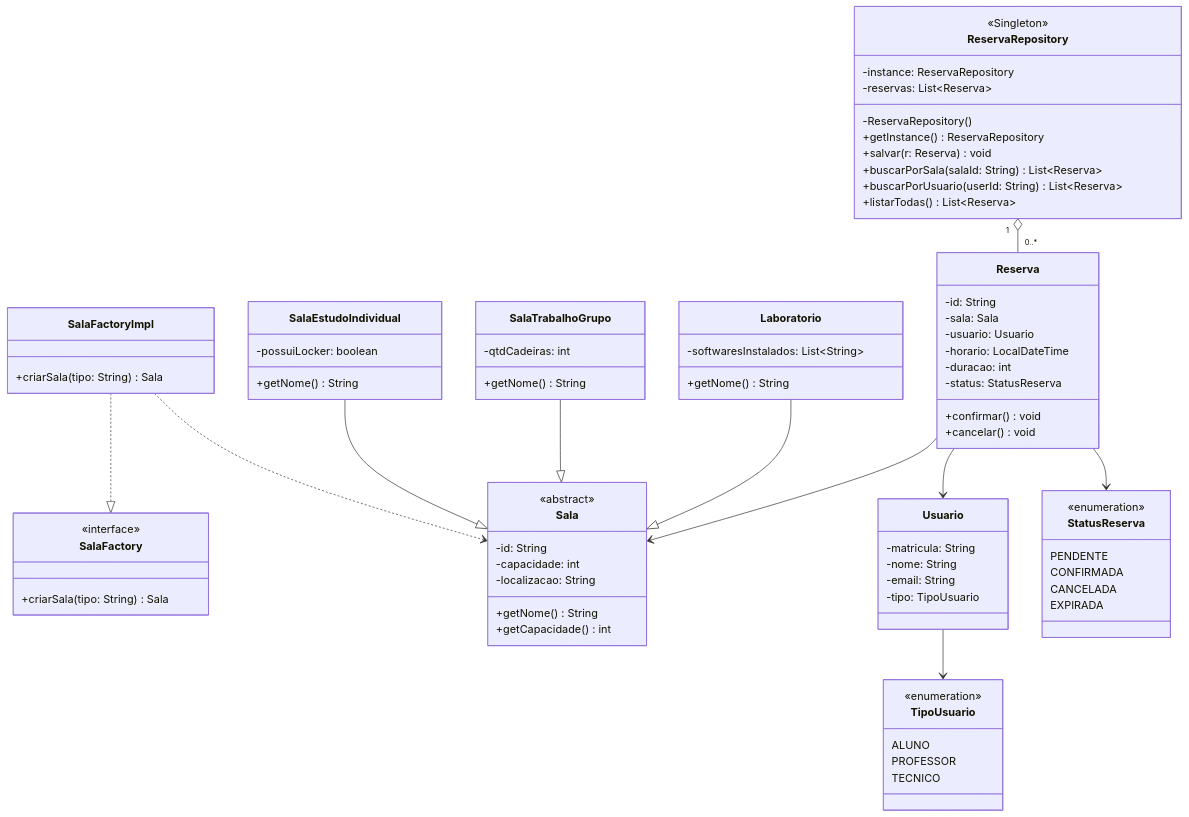
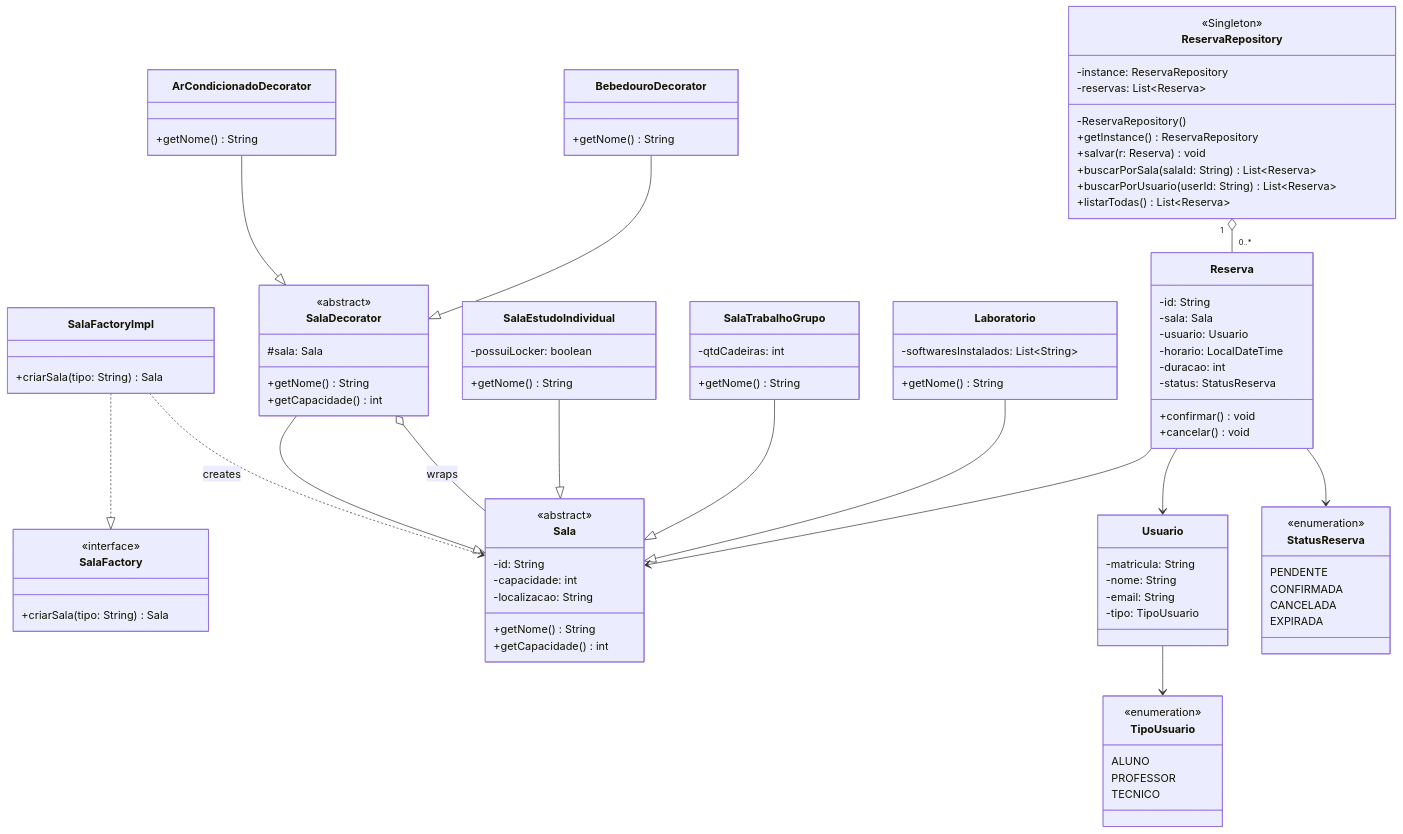
Before and after one commit to nicolascabanas/Study-Classes-Booking-System: the first of 7 diagrams in docs/IDEA.md, drawn with Mermaid. The commit also changed other lines of this file, not shown here.

Commit message:
docs: diagramas unificados e padrao decorator finalizado

```diff
--- a/docs/IDEA.md
+++ b/docs/IDEA.md
@@ -26,6 +26,21 @@
         -localizacao: String
         +getNome() String
         +getCapacidade() int
+    }
+
+    class SalaDecorator {
+        <<abstract>>
+        #sala: Sala
+        +getNome() String
+        +getCapacidade() int
+    }
+
+    class ArCondicionadoDecorator {
+        +getNome() String
+    }
+
+    class BebedouroDecorator {
+        +getNome() String
     }
 
     class SalaEstudoIndividual {
@@ -92,7 +107,11 @@
     SalaEstudoIndividual --|> Sala
     SalaTrabalhoGrupo --|> Sala
     Laboratorio --|> Sala
-    SalaFactoryImpl ..> Sala
+    SalaDecorator --|> Sala
+    SalaDecorator o-- Sala : wraps
+    ArCondicionadoDecorator --|> SalaDecorator
+    BebedouroDecorator --|> SalaDecorator
+    SalaFactoryImpl ..> Sala : creates
     ReservaRepository "1" o-- "0..*" Reserva
     Reserva --> Sala
     Reserva --> Usuario
```
